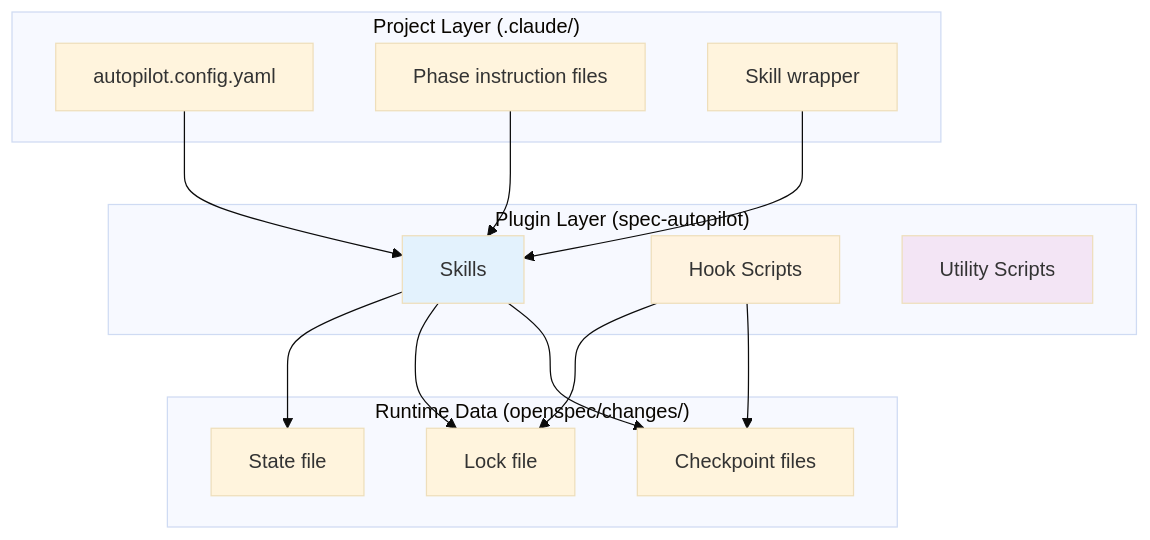
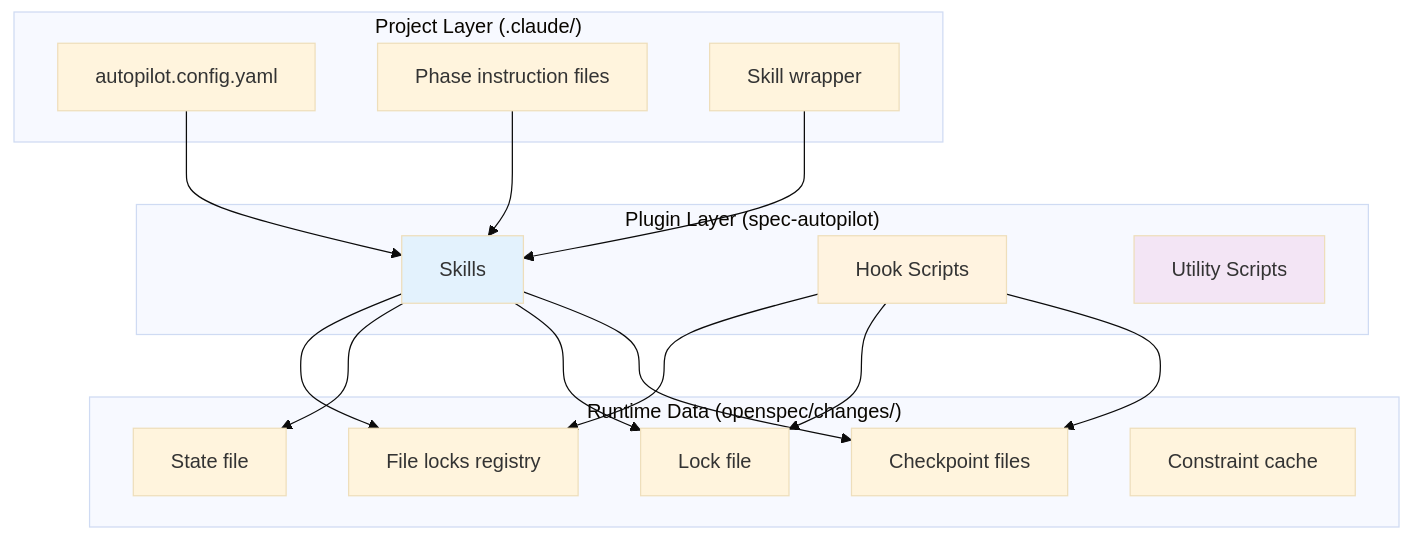
One commit to lorainwings/claude-autopilot changed the first of 5 diagrams in plugins/spec-autopilot/docs/architecture.md. Above: the diagram before and after it, drawn with Mermaid (base theme). The commit also changed other lines of this file and 10 other files, not shown here.

````diff
--- a/plugins/spec-autopilot/docs/architecture.md
+++ b/plugins/spec-autopilot/docs/architecture.md
@@ -14,33 +14,37 @@
 ```mermaid
 graph TB
     subgraph "Plugin Layer (spec-autopilot)"
         S[Skills]
         H[Hook Scripts]
         U[Utility Scripts]
     end
 
     subgraph "Project Layer (.claude/)"
         C[autopilot.config.yaml]
         I[Phase instruction files]
         W[Skill wrapper]
     end
 
     subgraph "Runtime Data (openspec/changes/)"
         CP[Checkpoint files]
         LK[Lock file]
         ST[State file]
+        FL[File locks registry]
+        CC[Constraint cache]
     end
 
     C --> S
     I --> S
     W --> S
     S --> CP
     H --> CP
     H --> LK
     S --> LK
     S --> ST
+    H --> FL
+    S --> FL
 
     style S fill:#e3f2fd
     style H fill:#fff3e0
     style U fill:#f3e5f5
 ```
````
